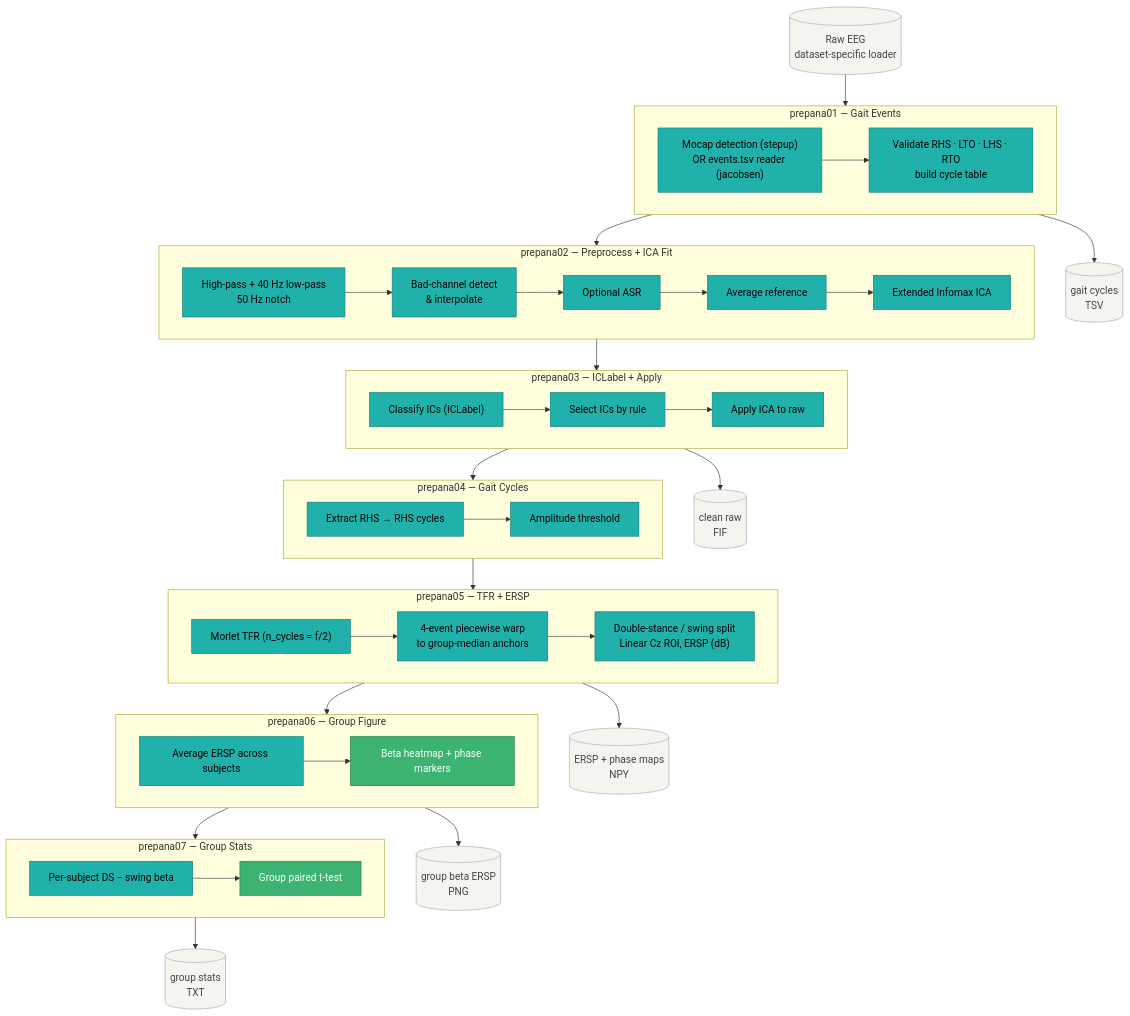
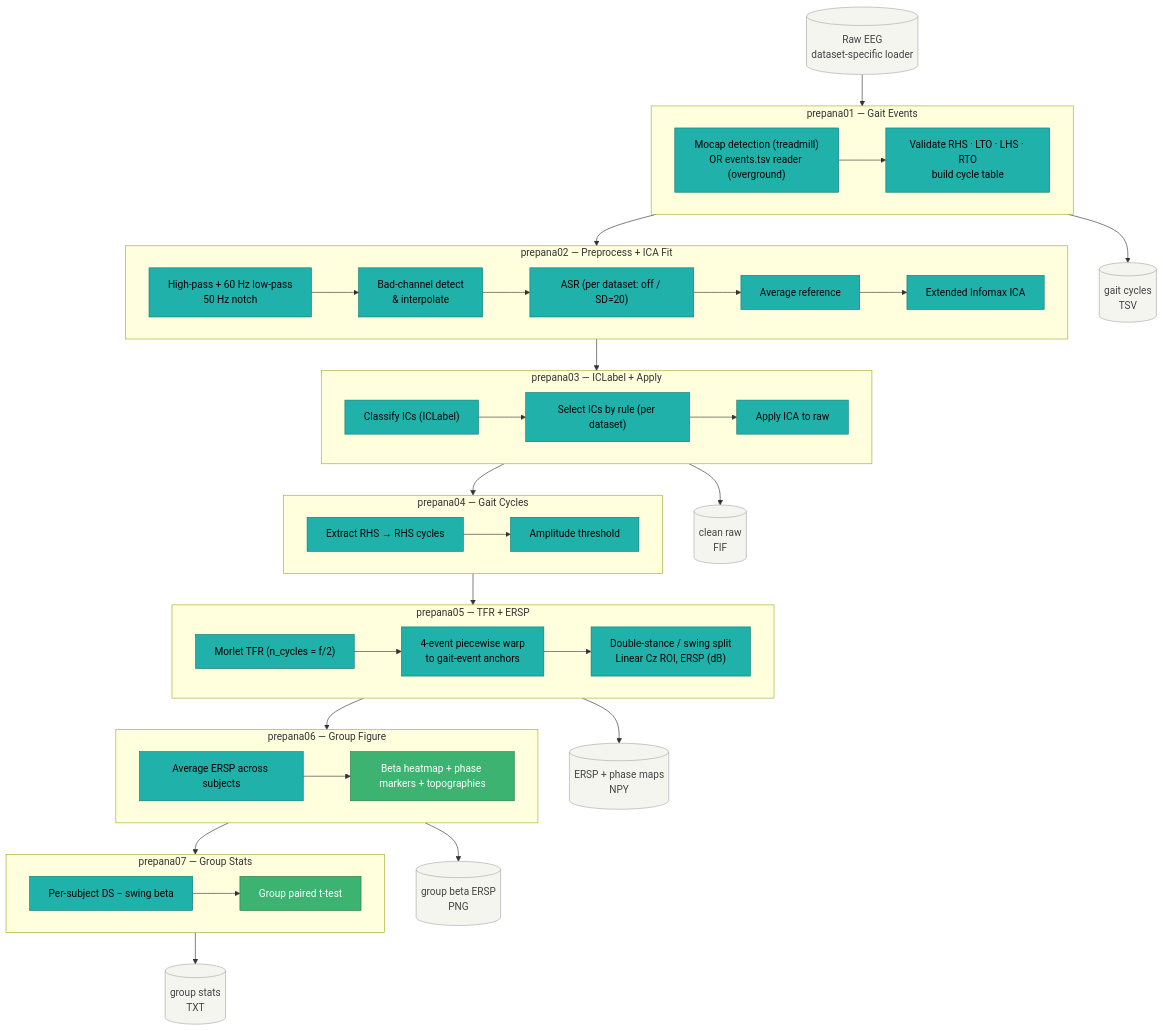
One commit to vaishvd/betaGaitMultiverse changed the first of 3 diagrams in readme.md. Above: the diagram before and after it, drawn with Mermaid. The commit also changed other lines of this file, not shown here.

Commit message:
Update README to clarify dataset descriptions and preprocessing pipelines

````diff
--- a/readme.md
+++ b/readme.md
@@ -86,64 +105,53 @@
 ```mermaid
 flowchart TD
-
 D0[(Raw EEG<br/>dataset-specific loader)]:::store
-
 subgraph S1["prepana01 — Gait Events"]
-  A1["Mocap detection (stepup)<br/>OR events.tsv reader (jacobsen)"]:::step
+  A1["Mocap detection (treadmill)<br/>OR events.tsv reader (overground)"]:::step
   A2["Validate RHS · LTO · LHS · RTO<br/>build cycle table"]:::step
   A1 --> A2
 end
-
 subgraph S2["prepana02 — Preprocess + ICA Fit"]
-  B1["High-pass + 40 Hz low-pass<br/>50 Hz notch"]:::step
+  B1["High-pass + 60 Hz low-pass<br/>50 Hz notch"]:::step
   B2["Bad-channel detect<br/>& interpolate"]:::step
-  B3["Optional ASR"]:::step
+  B3["ASR (per dataset: off / SD=20)"]:::step
   B4["Average reference"]:::step
   B5["Extended Infomax ICA"]:::step
   B1 --> B2 --> B3 --> B4 --> B5
 end
-
 subgraph S3["prepana03 — ICLabel + Apply"]
   C1["Classify ICs (ICLabel)"]:::step
-  C2["Select ICs by rule"]:::step
+  C2["Select ICs by rule (per dataset)"]:::step
   C3["Apply ICA to raw"]:::step
   C1 --> C2 --> C3
 end
-
 subgraph S4["prepana04 — Gait Cycles"]
   E1["Extract RHS → RHS cycles"]:::step
   E2["Amplitude threshold"]:::step
   E1 --> E2
 end
-
 subgraph S5["prepana05 — TFR + ERSP"]
   F1["Morlet TFR (n_cycles = f/2)"]:::step
-  F2["4-event piecewise warp<br/>to group-median anchors"]:::step
+  F2["4-event piecewise warp<br/>to gait-event anchors"]:::step
   F3["Double-stance / swing split<br/>Linear Cz ROI, ERSP (dB)"]:::step
   F1 --> F2 --> F3
 end
-
 subgraph S6["prepana06 — Group Figure"]
   G1["Average ERSP across subjects"]:::step
-  G2["Beta heatmap + phase markers"]:::out
+  G2["Beta heatmap + phase markers + topographies"]:::out
   G1 --> G2
 end
-
 subgraph S7["prepana07 — Group Stats"]
   H1["Per-subject DS − swing beta"]:::step
   H2["Group paired t-test"]:::out
   H1 --> H2
 end
-
 D0 --> S1 --> S2 --> S3 --> S4 --> S5 --> S6 --> S7
-
 S1 --> D1[(gait cycles<br/>TSV)]:::store
 S3 --> D2[(clean raw<br/>FIF)]:::store
 S5 --> D3[(ERSP + phase maps<br/>NPY)]:::store
 S6 --> D4[(group beta ERSP<br/>PNG)]:::store
 S7 --> D5[(group stats<br/>TXT)]:::store
-
 classDef step  fill:#20B2AA,stroke:#0e7a74,color:#000
 classDef out   fill:#3CB371,stroke:#277a4d,color:#fff
 classDef store fill:#f5f5f0,stroke:#aaa,color:#444
 ```
````
